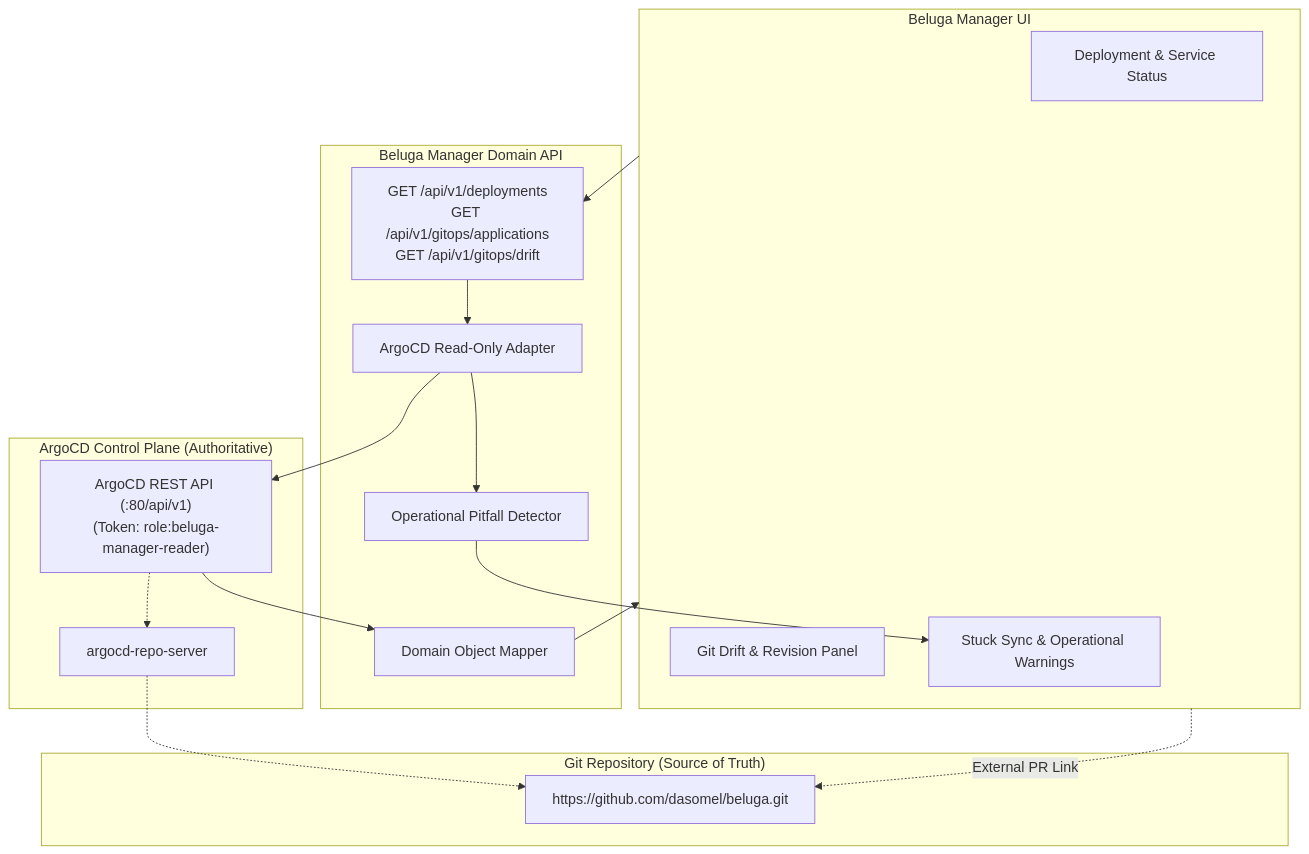
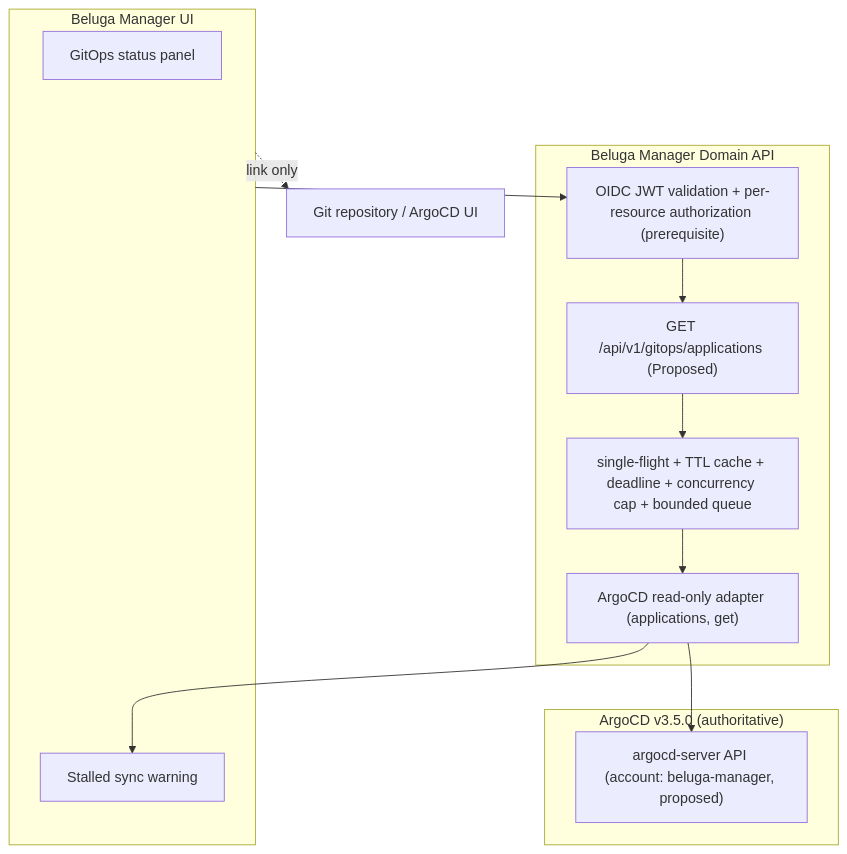
Before and after one commit to dasomel/beluga-manager: the diagram in docs/adr/0008-gitops-argocd-integration.md, drawn with Mermaid. The commit also changed other lines of this file and 3 other files, not shown here.

````diff
--- a/docs/adr/0008-gitops-argocd-integration.md
+++ b/docs/adr/0008-gitops-argocd-integration.md
@@ -65,33 +82,19 @@
 ```mermaid
 flowchart TD
     subgraph UI["Beluga Manager UI"]
-        DepView["Deployment & Service Status"]
-        DriftView["Git Drift & Revision Panel"]
-        WarnView["Stuck Sync & Operational Warnings"]
+        DepView["GitOps status panel"]
+        WarnView["Stalled sync warning"]
     end
-
     subgraph DomainAPI["Beluga Manager Domain API"]
-        GitOpsRouter["GET /api/v1/deployments\nGET /api/v1/gitops/applications\nGET /api/v1/gitops/drift"]
-        Adapter["ArgoCD Read-Only Adapter"]
-        Mapper["Domain Object Mapper"]
-        TrapDetector["Operational Pitfall Detector"]
+        AuthZ["OIDC JWT validation + per-resource authorization (prerequisite)"]
+        GitOpsRouter["GET /api/v1/gitops/applications (Proposed)"]
+        Guard["single-flight + TTL cache + deadline + concurrency cap + bounded queue"]
+        Adapter["ArgoCD read-only adapter (applications, get)"]
     end
-
-    subgraph ArgoCD["ArgoCD Control Plane (Authoritative)"]
-        ArgoAPI["ArgoCD REST API (:80/api/v1)\n(Token: role:beluga-manager-reader)"]
-        RepoServer["argocd-repo-server"]
+    subgraph ArgoCD["ArgoCD v3.5.0 (authoritative)"]
+        ArgoAPI["argocd-server API (account: beluga-manager, proposed)"]
     end
-
-    subgraph Git["Git Repository (Source of Truth)"]
-        GitHub["https://github.com/dasomel/beluga.git"]
-    end
-
-    UI --> GitOpsRouter
-    GitOpsRouter --> Adapter
-    Adapter --> ArgoAPI
-    ArgoAPI -.-> RepoServer
-    RepoServer -.-> GitHub
-    ArgoAPI --> Mapper --> UI
-    Adapter --> TrapDetector --> WarnView
-    UI -.->|External PR Link| GitHub
+    UI --> AuthZ --> GitOpsRouter --> Guard --> Adapter --> ArgoAPI
+    Adapter --> WarnView
+    UI -.->|link only| Git["Git repository / ArgoCD UI"]
 ```
````
